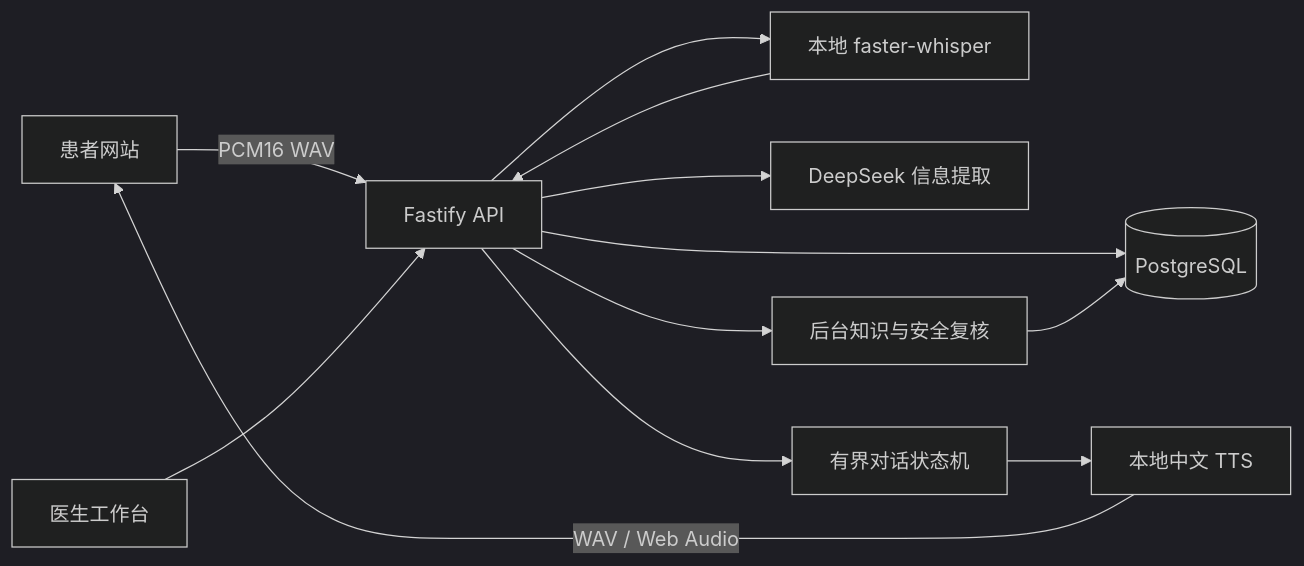
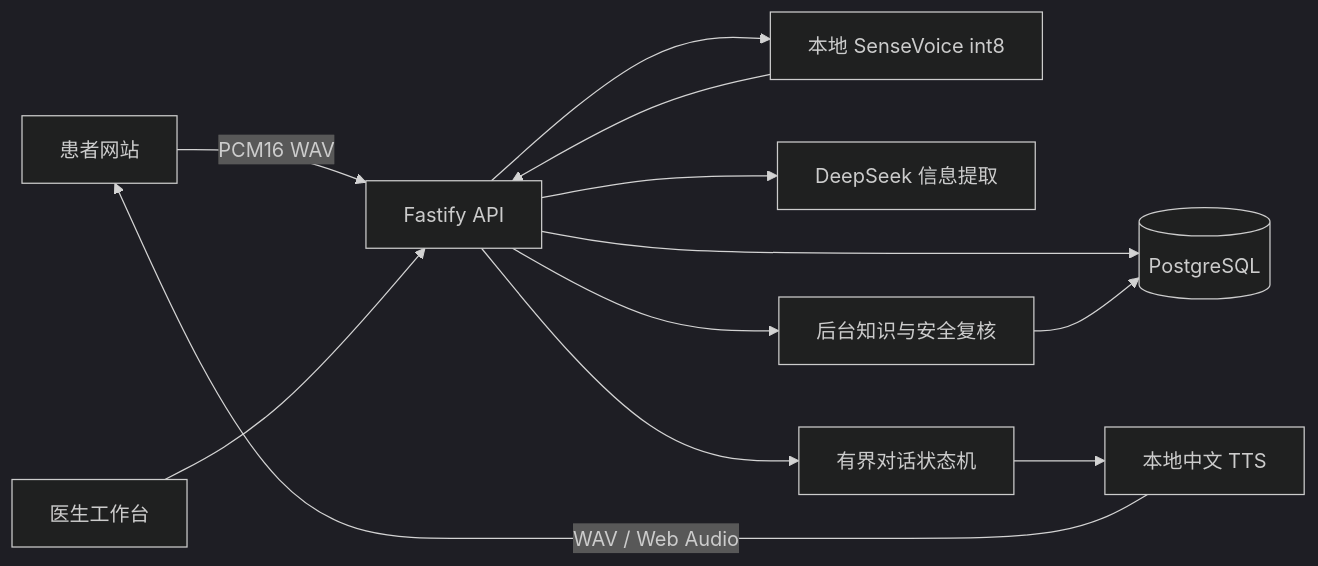
The diagram in README.md (lzywzh/heart-followup-web), drawn with Mermaid (dark theme) before and after one commit. The commit also changed other lines of this file and 10 other files, not shown here.

Commit message:
Improve Mandarin speech recognition with local SenseVoice

````diff
--- a/README.md
+++ b/README.md
@@ -16,14 +16,14 @@
 ```mermaid
 flowchart LR
   P[患者网站] -->|PCM16 WAV| API[Fastify API]
   D[医生工作台] --> API
   API --> DB[(PostgreSQL)]
-  API --> ASR[本地 faster-whisper]
+  API --> ASR[本地 SenseVoice int8]
   ASR --> API
   API --> LLM[DeepSeek 信息提取]
   API --> F[有界对话状态机]
   F --> TTS[本地中文 TTS]
   TTS -->|WAV / Web Audio| P
   API --> J[后台知识与安全复核]
   J --> DB
 ```
````
